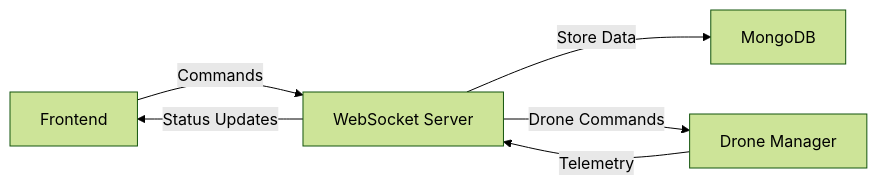
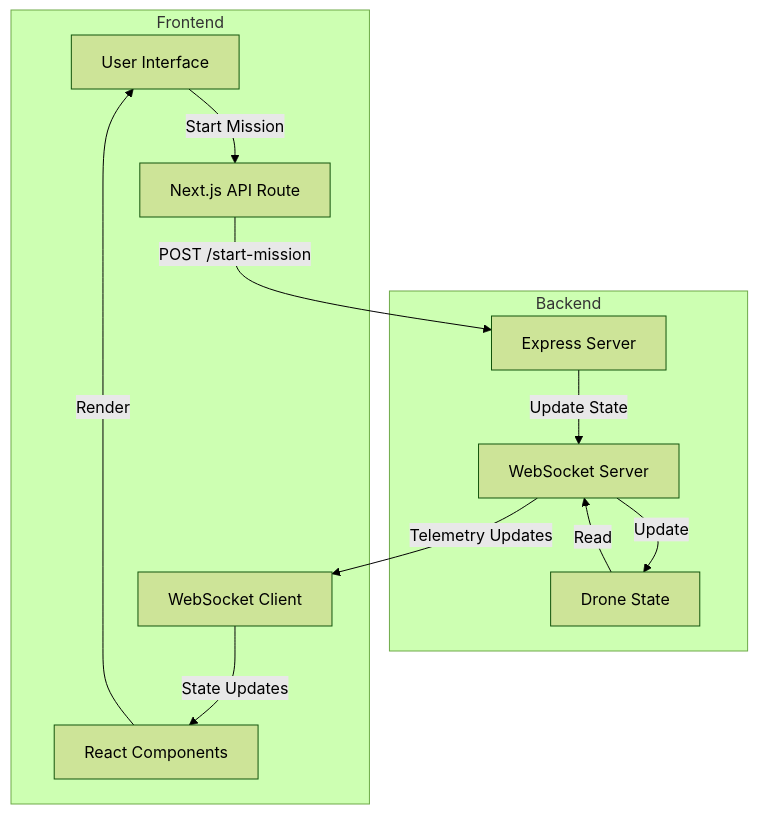
One commit to Anirudh-rb26/dronegcs changed the first of 4 diagrams in README.md. Above: the diagram before and after it, drawn with Mermaid (forest theme). The commit also changed other lines of this file, not shown here.

Commit message:
Updated Readme.md with workflow diagrams

````diff
--- a/README.md
+++ b/README.md
@@ -124,8 +102,24 @@
 ```mermaid
-graph LR
-    A[Frontend] -->|Commands| B[WebSocket Server]
-    B -->|Status Updates| A
-    B -->|Store Data| C[MongoDB]
-    B -->|Drone Commands| D[Drone Manager]
-    D -->|Telemetry| B
+graph TB
+    U[User Interface] -->|Start Mission| N[Next.js API Route]
+    N -->|POST /start-mission| E[Express Server]
+    E -->|Update State| W[WebSocket Server]
+    W -->|Telemetry Updates| C[WebSocket Client]
+    C -->|State Updates| R[React Components]
+    R -->|Render| U
+
+    subgraph Backend
+        E
+        W
+        DS[Drone State]
+        W -->|Update| DS
+        DS -->|Read| W
+    end
+
+    subgraph Frontend
+        U
+        N
+        C
+        R
+    end
 ```
````
